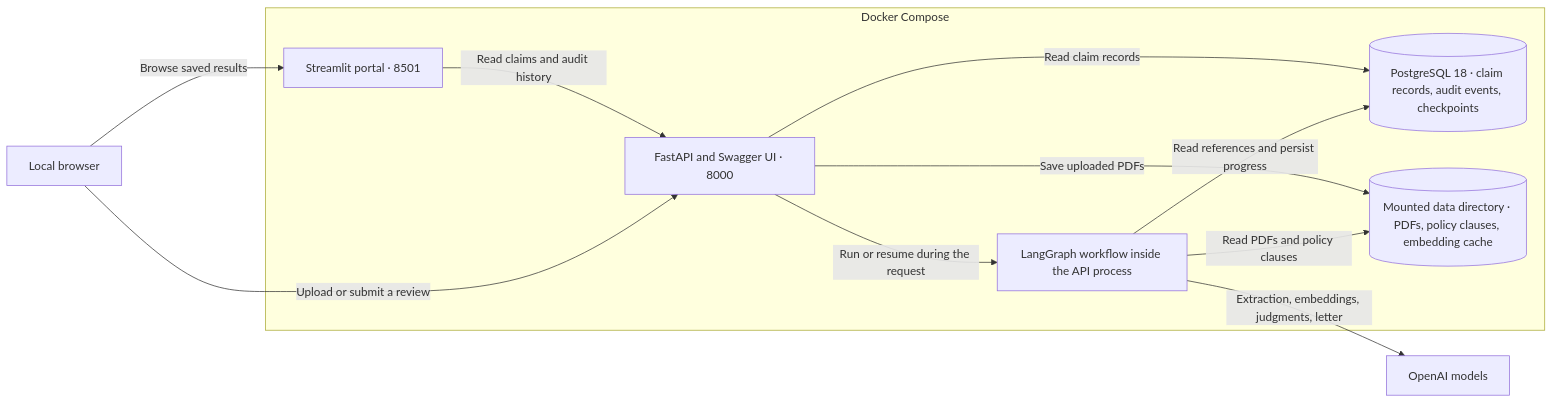
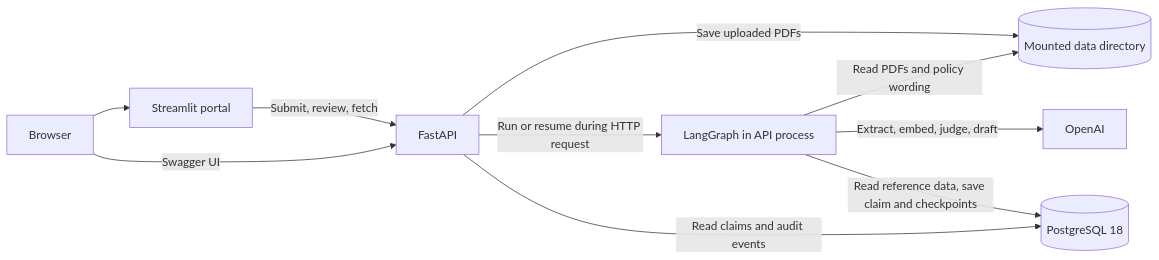
One commit to MP-30/Claim-Sense changed the diagram in Design.md. Above: the diagram before and after it, drawn with Mermaid. The commit also changed other lines of this file and 3 other files, not shown here.

````diff
--- a/Design.md
+++ b/Design.md
@@ -9,24 +7,12 @@
 ```mermaid
 flowchart LR
-    Browser["Local browser"]
-    Model["OpenAI models"]
-
-    subgraph Local["Docker Compose"]
-        Portal["Streamlit portal · 8501"]
-        API["FastAPI and Swagger UI · 8000"]
-        Graph["LangGraph workflow inside the API process"]
-        Database[("PostgreSQL 18 · claim records, audit events, checkpoints")]
-        Files[("Mounted data directory · PDFs, policy clauses, embedding cache")]
-
-        Portal -->|"Read claims and audit history"| API
-        API -->|"Run or resume during the request"| Graph
-        API -->|"Read claim records"| Database
-        API -->|"Save uploaded PDFs"| Files
-        Graph -->|"Read references and persist progress"| Database
-        Graph -->|"Read PDFs and policy clauses"| Files
-    end
-
-    Browser -->|"Browse saved results"| Portal
-    Browser -->|"Upload or submit a review"| API
-    Graph -->|"Extraction, embeddings, judgments, letter"| Model
+    Browser[Browser] --> Portal[Streamlit portal]
+    Portal -->|Submit, review, fetch| API[FastAPI]
+    Browser -->|Swagger UI| API
+    API -->|Save uploaded PDFs| Files[(Mounted data directory)]
+    API -->|Run or resume during HTTP request| Graph[LangGraph in API process]
+    Graph -->|Read PDFs and policy wording| Files
+    Graph -->|Extract, embed, judge, draft| Model[OpenAI]
+    Graph -->|Read reference data, save claim and checkpoints| DB[(PostgreSQL 18)]
+    API -->|Read claims and audit events| DB
 ```
````
